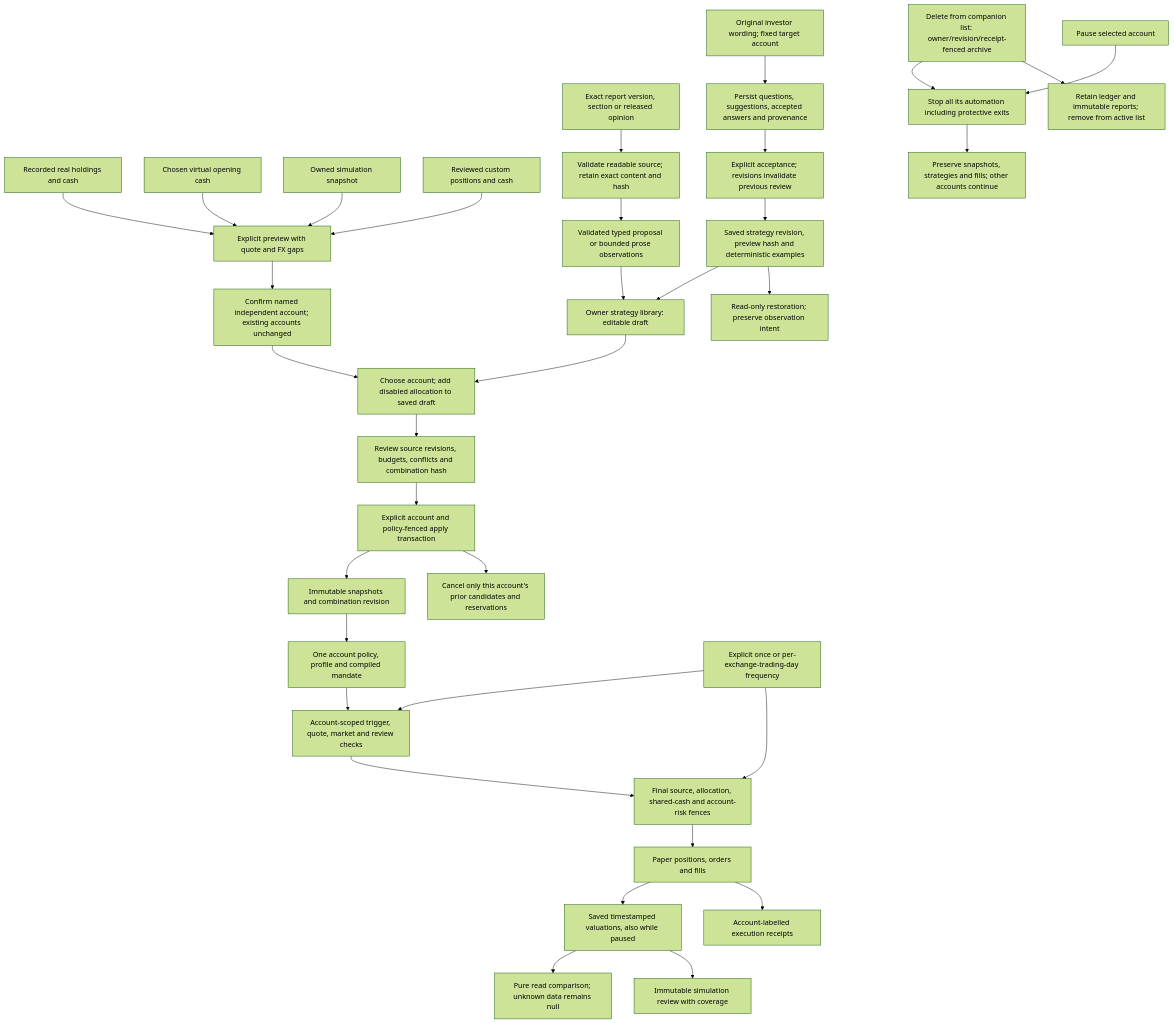
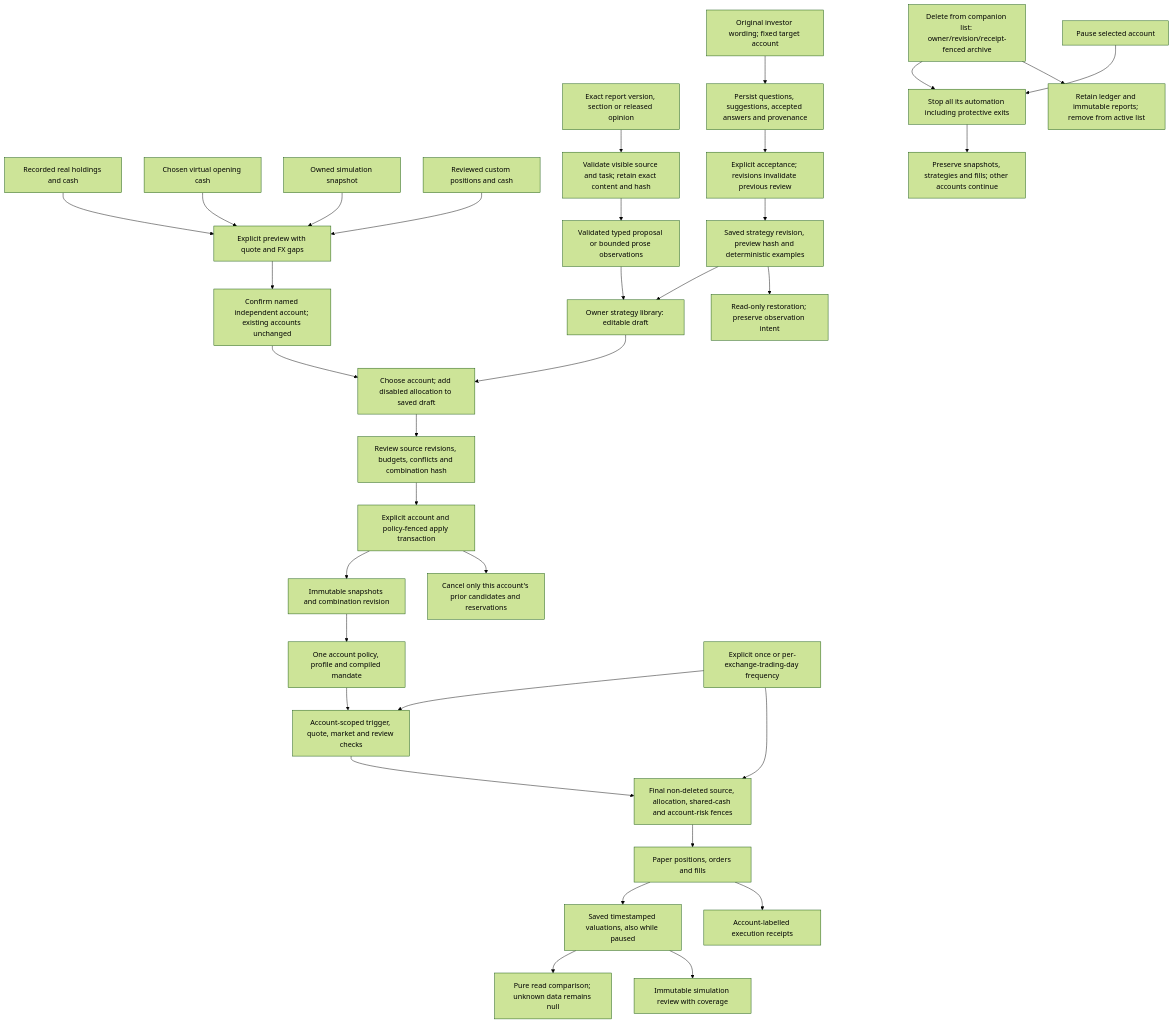
One commit to Lueyu/squabble changed the third of 5 diagrams in docs/architecture.md. Above: the diagram before and after it, drawn with Mermaid (forest theme). The commit also changed other lines of this file and 78 other files, not shown here.

````diff
--- a/docs/architecture.md
+++ b/docs/architecture.md
@@ -161,36 +168,36 @@
 ```mermaid
 flowchart TD
     real["Recorded real holdings and cash"] --> seed["Explicit preview with quote and FX gaps"]
     virtual["Chosen virtual opening cash"] --> seed
     ownedPaper["Owned simulation snapshot"] --> seed
     custom["Reviewed custom positions and cash"] --> seed
     seed --> create["Confirm named independent account; existing accounts unchanged"]
-    source["Exact report version, section or released opinion"] --> readable["Validate readable source; retain exact content and hash"]
+    source["Exact report version, section or released opinion"] --> readable["Validate visible source and task; retain exact content and hash"]
     readable --> typed["Validated typed proposal or bounded prose observations"]
     typed --> draft["Owner strategy library: editable draft"]
     idea["Original investor wording; fixed target account"] --> questions["Persist questions, suggestions, accepted answers and provenance"]
     questions --> acceptAnswer["Explicit acceptance; revisions invalidate previous review"]
     acceptAnswer --> savedReview["Saved strategy revision, preview hash and deterministic examples"]
     savedReview --> draft
     savedReview --> restoreReview["Read-only restoration; preserve observation intent"]
     draft --> target["Choose account; add disabled allocation to saved draft"]
     create --> target
     target --> preview["Review source revisions, budgets, conflicts and combination hash"]
     preview --> apply["Explicit account and policy-fenced apply transaction"]
     apply --> authority["Immutable snapshots and combination revision"]
     apply --> cancel["Cancel only this account's prior candidates and reservations"]
     authority --> runtime["One account policy, profile and compiled mandate"]
     runtime --> schedule["Account-scoped trigger, quote, market and review checks"]
-    schedule --> order["Final source, allocation, shared-cash and account-risk fences"]
+    schedule --> order["Final non-deleted source, allocation, shared-cash and account-risk fences"]
     frequency["Explicit once or per-exchange-trading-day frequency"] --> schedule
     frequency --> order
     order --> ledger["Paper positions, orders and fills"]
     archive["Delete from companion list: owner/revision/receipt-fenced archive"] --> stop
     archive --> retained["Retain ledger and immutable reports; remove from active list"]
     pause["Pause selected account"] --> stop["Stop all its automation including protective exits"]
     stop --> history["Preserve snapshots, strategies and fills; other accounts continue"]
     ledger --> valuation["Saved timestamped valuations, also while paused"]
     valuation --> comparison["Pure read comparison; unknown data remains null"]
     valuation --> review["Immutable simulation review with coverage"]
     ledger --> channel["Account-labelled execution receipts"]
 ```
````
